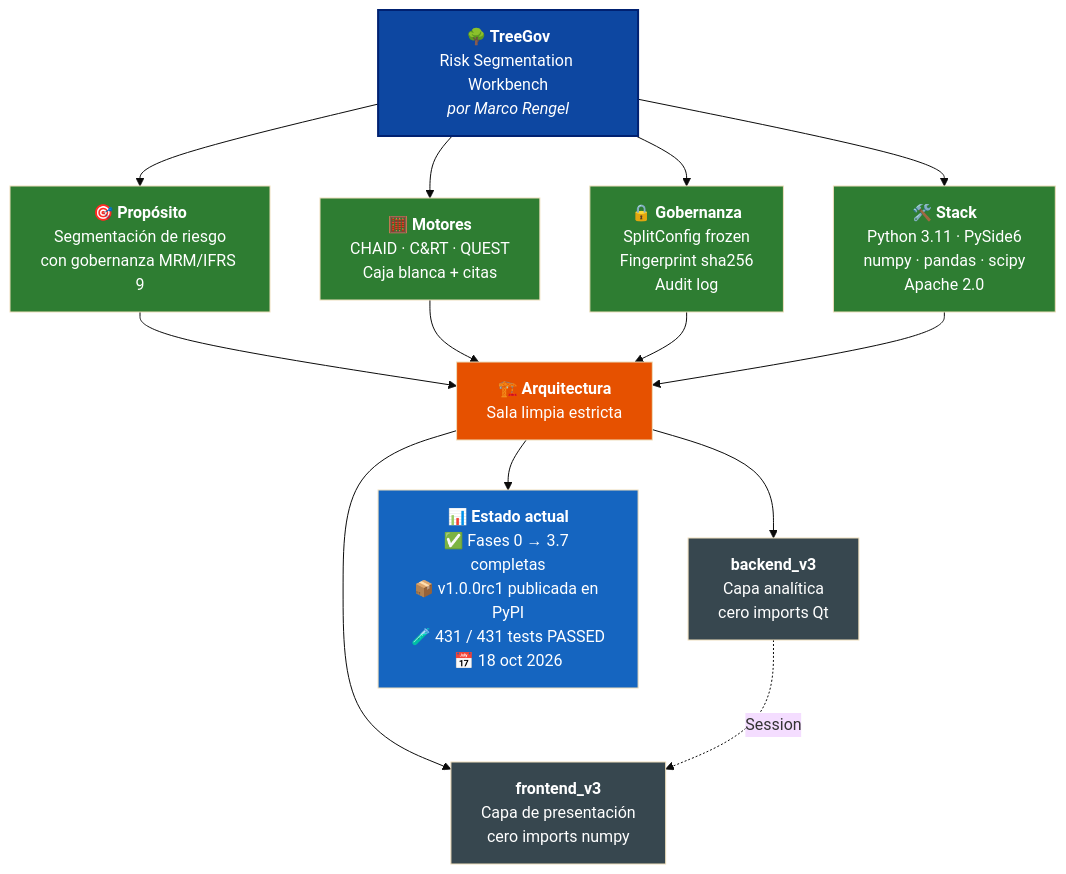
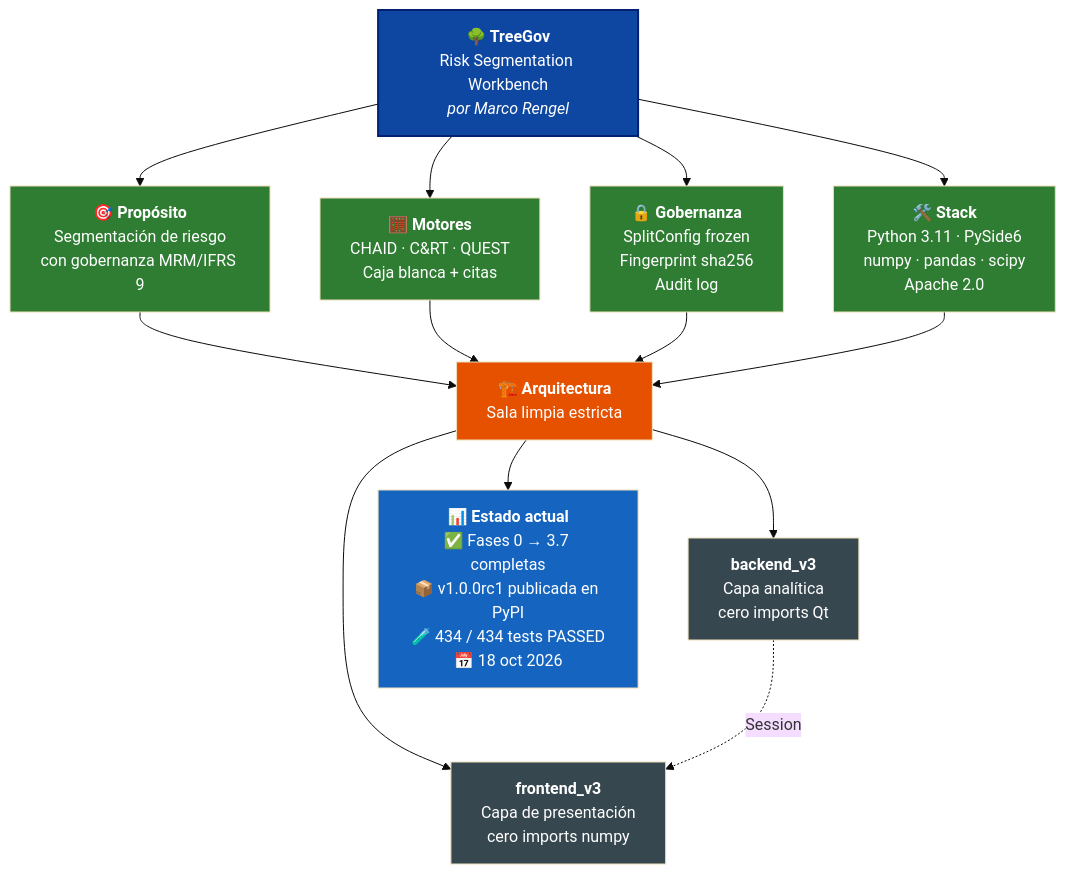
Before and after one commit to Marco-Rengel/treegov: the diagram in README.es.md, drawn with Mermaid (base theme). The commit also changed other lines of this file and 28 other files, not shown here.

````diff
--- a/README.es.md
+++ b/README.es.md
@@ -34,31 +34,31 @@
 ```mermaid
 flowchart TB
     TG["<b>🌳 TreeGov</b><br/>Risk Segmentation Workbench<br/><i>por Marco Rengel</i>"]
 
     TG --> P["<b>🎯 Propósito</b><br/>Segmentación de riesgo<br/>con gobernanza MRM/IFRS 9"]
     TG --> M["<b>🧮 Motores</b><br/>CHAID · C&RT · QUEST<br/>Caja blanca + citas"]
     TG --> G["<b>🔒 Gobernanza</b><br/>SplitConfig frozen<br/>Fingerprint sha256<br/>Audit log"]
     TG --> S["<b>🛠️ Stack</b><br/>Python 3.11 · PySide6<br/>numpy · pandas · scipy<br/>Apache 2.0"]
 
     P --> ARQ["<b>🏗️ Arquitectura</b><br/>Sala limpia estricta"]
     M --> ARQ
     G --> ARQ
     S --> ARQ
 
     ARQ --> BE["<b>backend_v3</b><br/>Capa analítica<br/>cero imports Qt"]
     ARQ --> FE["<b>frontend_v3</b><br/>Capa de presentación<br/>cero imports numpy"]
 
     BE -.->|Session| FE
 
-    ARQ --> ST["<b>📊 Estado actual</b><br/>✅ Fases 0 → 3.7 completas<br/>📦 v1.0.0rc1 publicada en PyPI<br/>🧪 431 / 431 tests PASSED<br/>📅 18 oct 2026"]
+    ARQ --> ST["<b>📊 Estado actual</b><br/>✅ Fases 0 → 3.7 completas<br/>📦 v1.0.0rc1 publicada en PyPI<br/>🧪 434 / 434 tests PASSED<br/>📅 18 oct 2026"]
 
     style TG fill:#0D47A1,color:#fff,stroke:#002171,stroke-width:2px
     style P fill:#2E7D32,color:#fff
     style M fill:#2E7D32,color:#fff
     style G fill:#2E7D32,color:#fff
     style S fill:#2E7D32,color:#fff
     style ARQ fill:#E65100,color:#fff
     style BE fill:#37474F,color:#fff
     style FE fill:#37474F,color:#fff
     style ST fill:#1565C0,color:#fff
 ```
````
